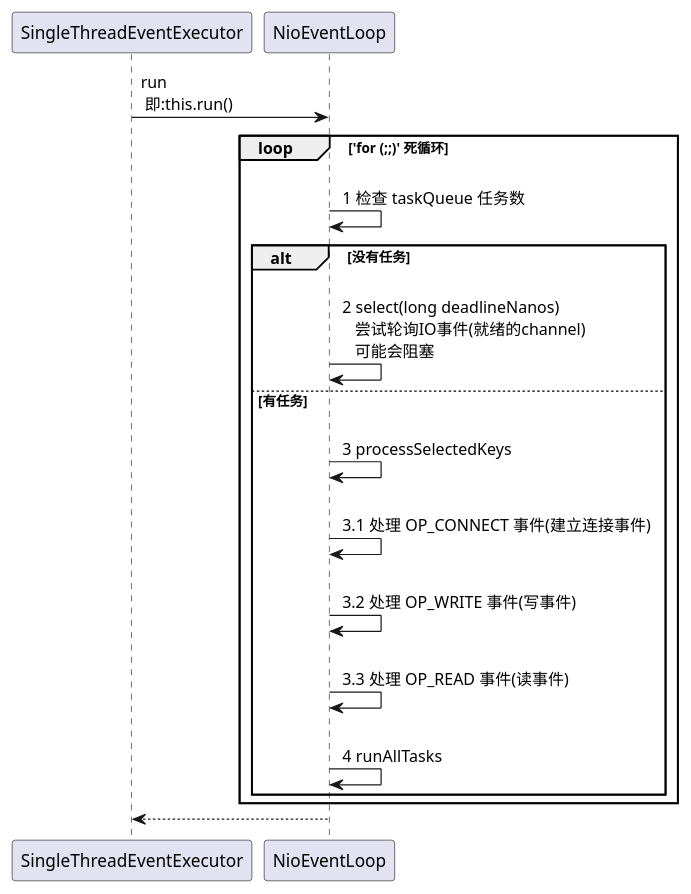
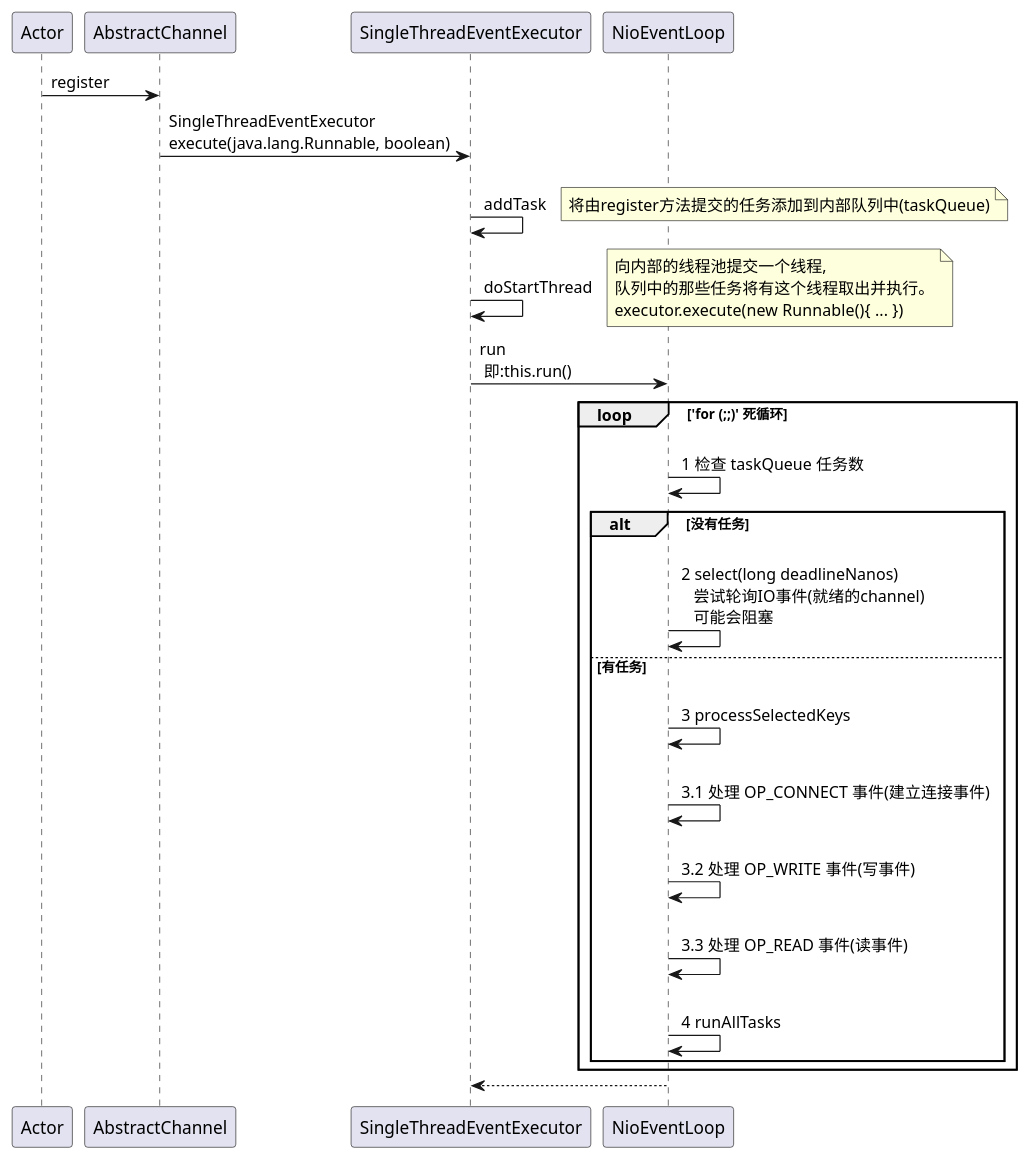
The diagram in puml/NioEventLoop#run.puml (Simba-cheng/netty), drawn with PlantUML before and after one commit.

Commit message:
refactor(code): 源码添加注释、流程图、类图

```diff
--- a/puml/NioEventLoop#run.puml
+++ b/puml/NioEventLoop#run.puml
@@ -1,23 +1,42 @@
 @startuml participant
+
+Actor -> AbstractChannel: register
+
+AbstractChannel -> SingleThreadEventExecutor: SingleThreadEventExecutor \nexecute(java.lang.Runnable, boolean)
+
+SingleThreadEventExecutor -> SingleThreadEventExecutor: \n addTask
+note right
+将由register方法提交的任务添加到内部队列中(taskQueue)
+end note
+
+SingleThreadEventExecutor -> SingleThreadEventExecutor: \n doStartThread
+note right
+向内部的线程池提交一个线程,
+队列中的那些任务将有这个线程取出并执行。
+executor.execute(new Runnable(){ ... })
+end note
+
+
+
 
 SingleThreadEventExecutor -> NioEventLoop: run \n 即:this.run()
 
 ' ----- 分割线 -----
 loop 'for (;;)' 死循环
     NioEventLoop -> NioEventLoop: \n 1 检查 taskQueue 任务数
 
     alt 没有任务
         NioEventLoop -> NioEventLoop: \n 2 select(long deadlineNanos) \n    尝试轮询IO事件(就绪的channel) \n    可能会阻塞
     else 有任务
         NioEventLoop -> NioEventLoop: \n 3 processSelectedKeys
         NioEventLoop -> NioEventLoop: \n 3.1 处理 OP_CONNECT 事件(建立连接事件)
         NioEventLoop -> NioEventLoop: \n 3.2 处理 OP_WRITE 事件(写事件)
         NioEventLoop -> NioEventLoop: \n 3.3 处理 OP_READ 事件(读事件)
 
         NioEventLoop -> NioEventLoop: \n 4 runAllTasks
     end
 end
 ' ----- 分割线 -----
 
 SingleThreadEventExecutor <-- NioEventLoop
 @enduml
```
